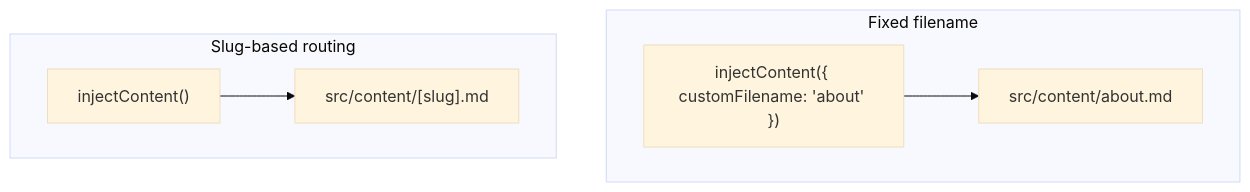
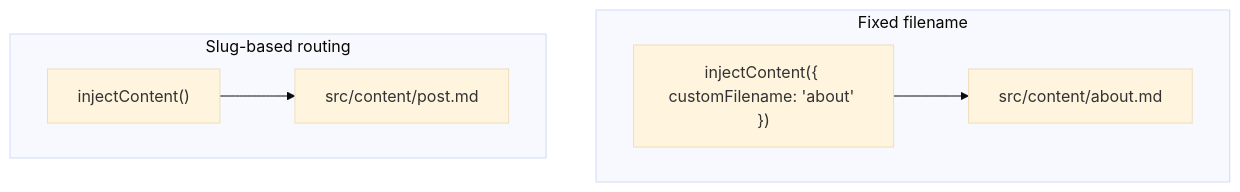
Before and after one commit to chrisjwalk/angular-cli-netcore-ngrx-starter: the second of 2 diagrams in apps/web-app/src/content/about.md, drawn with Mermaid (base theme). The commit also changed other lines of this file and 2 other files, not shown here.

Commit message:
fix(content): ssr guard for mermaid, diagram syntax fixes, sticky toc
  during server-side rendering (causes white screen without this)
- Replace \n with <br/> in mermaid node labels (unsupported escape)
- Remove quoted subgraph titles and [slug] brackets that caused
  mermaid parse failures
- Remove flex items-start so aside stretches to full container height,
  allowing position:sticky to work correctly on the TOC nav

````diff
--- a/apps/web-app/src/content/about.md
+++ b/apps/web-app/src/content/about.md
@@ -100,9 +100,9 @@
 ```mermaid
 flowchart TD
-  subgraph Fixed["Fixed filename"]
+  subgraph Fixed[Fixed filename]
     A["injectContent({ customFilename: 'about' })"] --> B["src/content/about.md"]
   end
-  subgraph Slug["Slug-based routing"]
-    C["injectContent()"] --> D["src/content/[slug].md"]
+  subgraph Slug[Slug-based routing]
+    C["injectContent()"] --> D["src/content/post.md"]
   end
 ```
````
